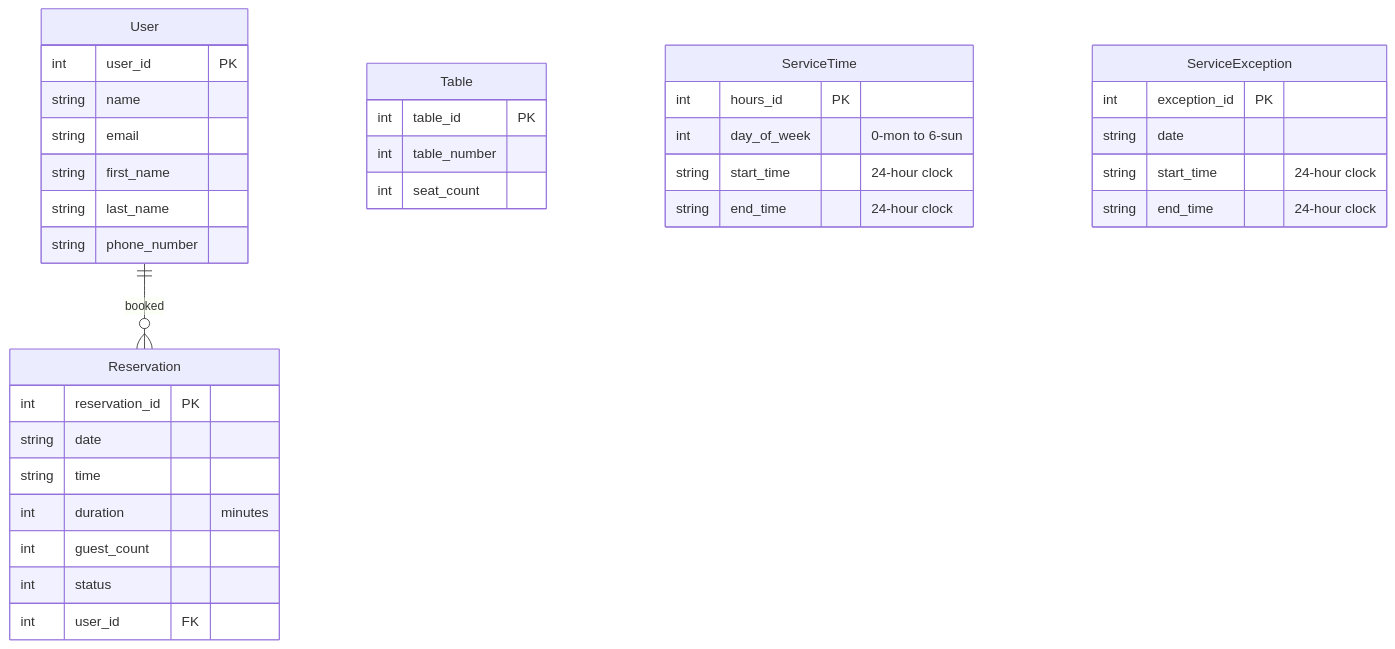
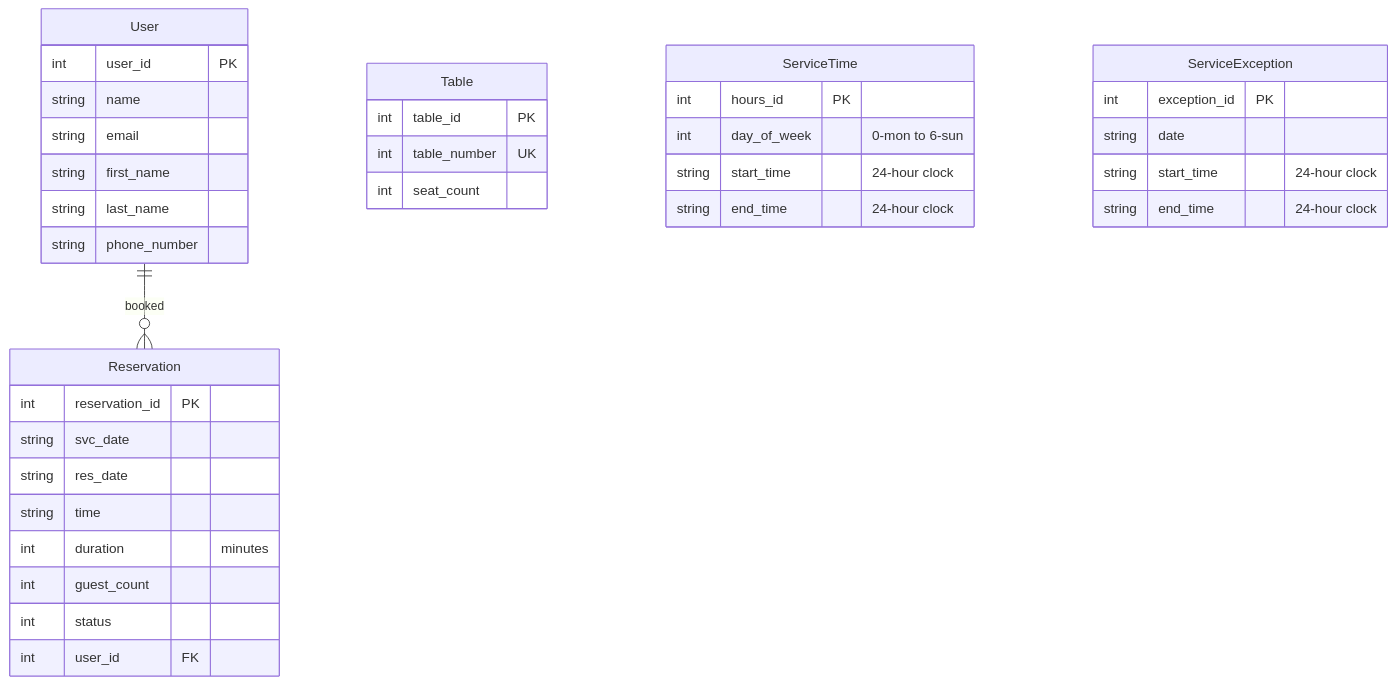
Before and after one commit to ctr-code/heart-of-ruritania: the diagram in README.md, drawn with Mermaid. The commit also changed other lines of this file, not shown here.

Commit message:
Make table_number unique

````diff
--- a/README.md
+++ b/README.md
@@ -40,38 +40,39 @@
 ``` mermaid
 erDiagram
     User ||--o{ Reservation : booked
     User {
         int user_id PK
         string name
         string email
         string first_name
         string last_name
         string phone_number
     }
     Reservation {
         int reservation_id PK
-        string date
+        string svc_date
+        string res_date
         string time
         int duration "minutes"
         int guest_count
         int status
         int user_id FK
     }
     Table {
         int table_id PK
-        int table_number
+        int table_number UK
         int seat_count
     }
     ServiceTime {
         int hours_id PK
         int day_of_week "0-mon to 6-sun"
         string start_time "24-hour clock"
         string end_time "24-hour clock"
     }
     ServiceException {
         int exception_id PK
         string date
         string start_time "24-hour clock"
         string end_time "24-hour clock"
     }
 ```
````
